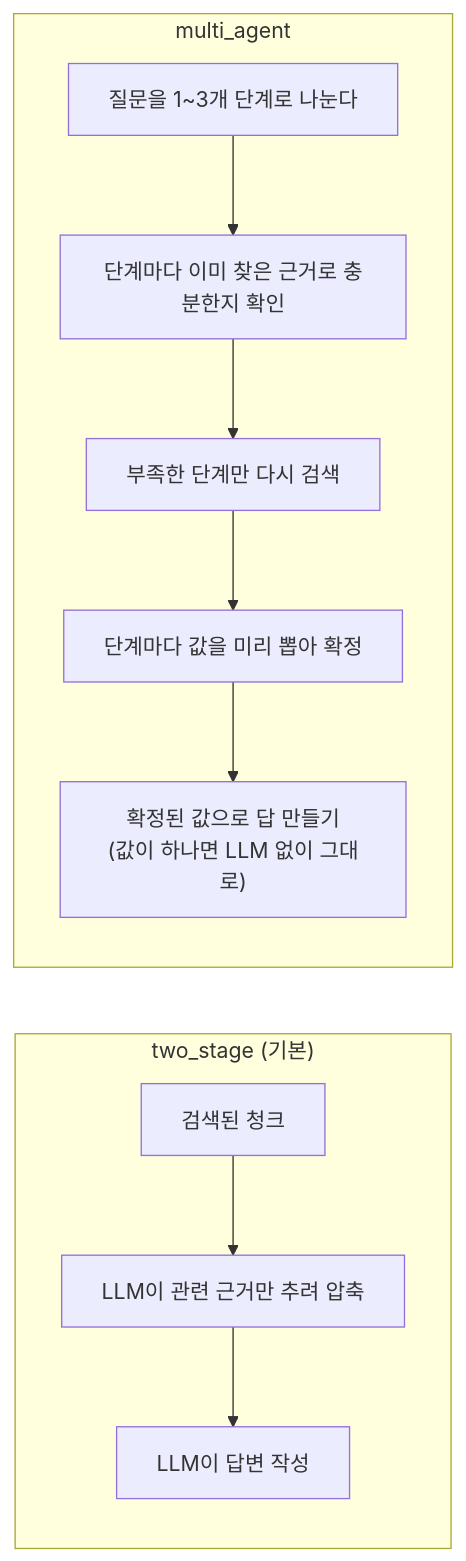
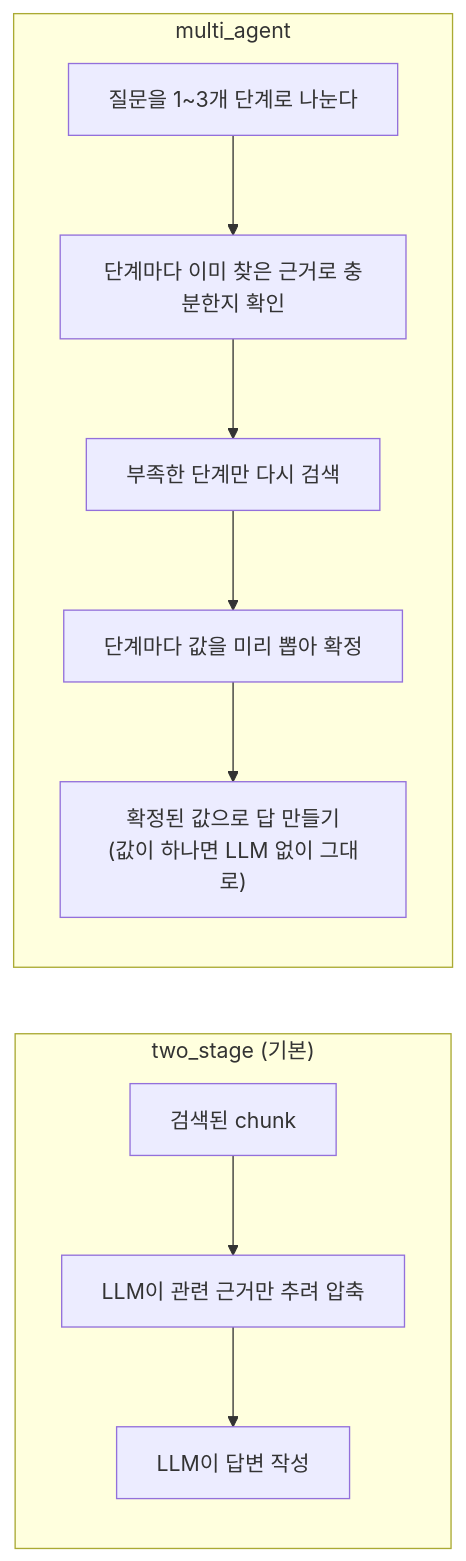
Before and after one commit to adover134/hierarchical-md-rag: the third of 4 diagrams in docs/05_질의처리.md, drawn with Mermaid. The commit also changed other lines of this file and 24 other files, not shown here.

````diff
--- a/docs/05_질의처리.md
+++ b/docs/05_질의처리.md
@@ -59,15 +59,15 @@
 ```mermaid
 flowchart LR
     subgraph T["two_stage (기본)"]
         direction TB
-        T1["검색된 청크"] --> T2["LLM이 관련 근거만 추려 압축"]
+        T1["검색된 chunk"] --> T2["LLM이 관련 근거만 추려 압축"]
         T2 --> T3["LLM이 답변 작성"]
     end
     subgraph M["multi_agent"]
         direction TB
         M1["질문을 1~3개 단계로 나눈다"] --> M2["단계마다 이미 찾은 근거로 충분한지 확인"]
         M2 --> M3["부족한 단계만 다시 검색"]
         M3 --> M4["단계마다 값을 미리 뽑아 확정"]
         M4 --> M5["확정된 값으로 답 만들기<br/>(값이 하나면 LLM 없이 그대로)"]
     end
 ```
````
